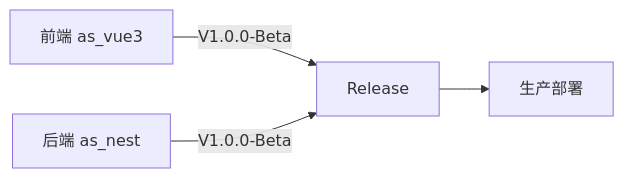
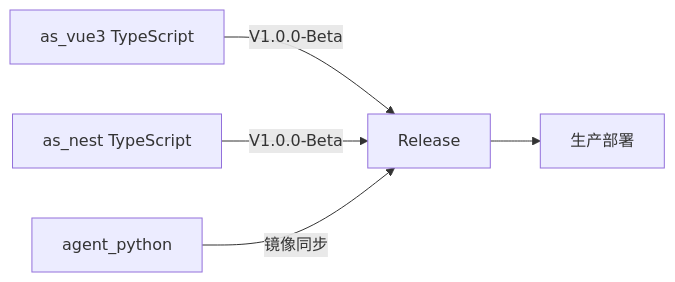
One commit to swipth/work-report changed the fifth of 5 diagrams in reports/2026-06-09/index.md. Above: the diagram before and after it, drawn with Mermaid. The commit also changed other lines of this file and 29 other files, not shown here.

````diff
--- a/reports/2026-06-09/index.md
+++ b/reports/2026-06-09/index.md
@@ -142,6 +142,7 @@
 ```mermaid
 flowchart LR
-    FE["前端 as_vue3"] -->|"V1.0.0-Beta"| REL["Release"]
-    BE["后端 as_nest"] -->|"V1.0.0-Beta"| REL
+    FE["as_vue3 TypeScript"] -->|"V1.0.0-Beta"| REL["Release"]
+    BE["as_nest TypeScript"] -->|"V1.0.0-Beta"| REL
+    AG["agent_python"] -->|"镜像同步"| REL
     REL --> DEPLOY["生产部署"]
 ```
````
